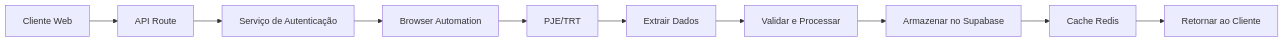
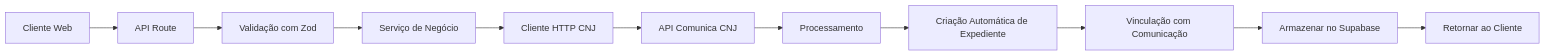
The second of 6 diagrams in .qoder/repowiki/pt/content/Módulos de Funcionalidade/Comunica CNJ.md (SinesysTech/zattar-os), drawn with Mermaid before and after one commit. The commit also changed other lines of this file and 14 other files, not shown here.

````diff
--- a/.qoder/repowiki/pt/content/Módulos de Funcionalidade/Comunica CNJ.md
+++ b/.qoder/repowiki/pt/content/Módulos de Funcionalidade/Comunica CNJ.md
@@ -78,12 +86,13 @@
 ```mermaid
 graph LR
 A[Cliente Web] --> B[API Route]
-B --> C[Serviço de Autenticação]
-C --> D[Browser Automation]
-D --> E[PJE/TRT]
-E --> F[Extrair Dados]
-F --> G[Validar e Processar]
-G --> H[Armazenar no Supabase]
-H --> I[Cache Redis]
-I --> J[Retornar ao Cliente]
+B --> C[Validação com Zod]
+C --> D[Serviço de Negócio]
+D --> E[Cliente HTTP CNJ]
+E --> F[API Comunica CNJ]
+F --> G[Processamento]
+G --> H[Criação Automática de Expediente]
+H --> I[Vinculação com Comunicação]
+I --> J[Armazenar no Supabase]
+J --> K[Retornar ao Cliente]
 ```
````
